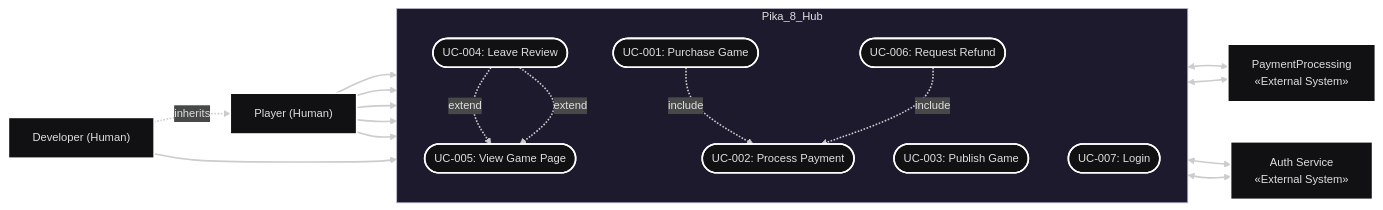
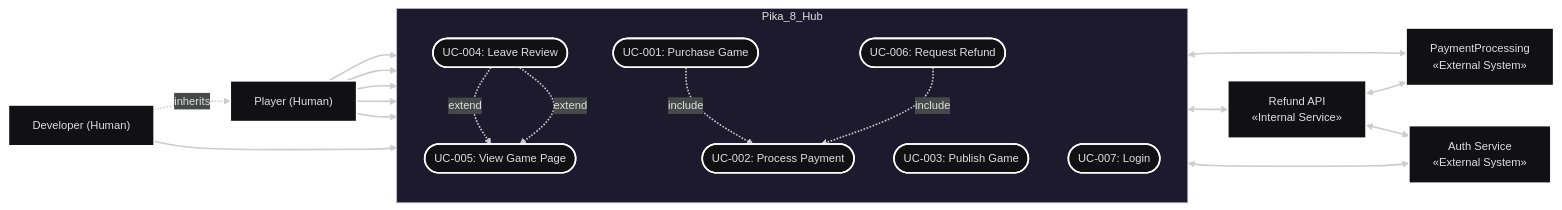
One commit to KotiasFeet/kpi_2026 changed the diagram in lab_1/use_cases.mmd. Above: the diagram before and after it, drawn with Mermaid. The commit also changed 3 other files, not shown here.

Commit message:
Refund API policy

```diff
--- a/lab_1/use_cases.mmd
+++ b/lab_1/use_cases.mmd
@@ -1,39 +1,41 @@
 ---
 config:
   theme: redux-dark-color
 ---
 flowchart LR
     player["Player (Human)"]
     dev["Developer (Human)"]
     pg["PaymentProcessing <br> «External System»"]
     as["Auth Service <br> «External System»"]
+    ra["Refund API <br> «Internal Service»"]
 
     dev -. "inherits" .-> player
 
     subgraph Pika_8_Hub
         direction TB
         UC1(["UC-001: Purchase Game"])
         UC2(["UC-002: Process Payment"])
         UC3(["UC-003: Publish Game"])
         UC4(["UC-004: Leave Review"])
         UC5(["UC-005: View Game Page"])
         UC6(["UC-006: Request Refund"])
 				UC7(["UC-007: Login"])
     end
 
     player --> UC1
     player --> UC4
     player --> UC5
     dev --> UC3
     player --> UC6
     player --> UC7
 
 		UC1 <--> pg
-    UC6 <--> pg
-    UC6 <--> as
+    UC6 <--> ra
+    ra <--> pg
+    ra <--> as
     UC7 <--> as
     UC4 -. "extend" .-> UC5
 
     UC1 -. "include" .-> UC2
     UC4 -. "extend" .-> UC5
     UC6 -. "include" .-> UC2
```
